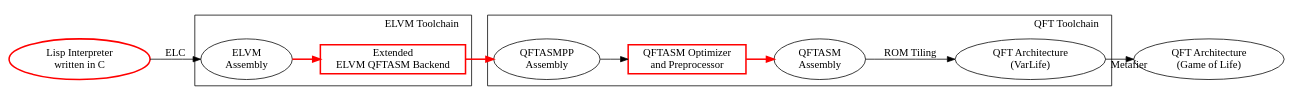
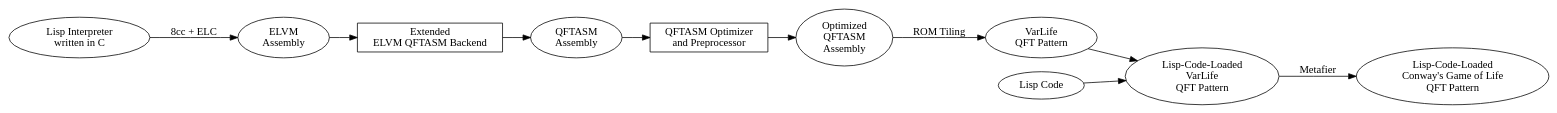
Before and after one commit to woodrush/lisp-in-life: the diagram in img/toolchain.dot, drawn with Graphviz. The commit also changed 2 other files, not shown here.

```diff
--- a/img/toolchain.dot
+++ b/img/toolchain.dot
@@ -1,39 +1,34 @@
 digraph G {
     rankdir="LR"
 
-    C [label="Lisp Interpreter\nwritten in C" color="red" penwidth=2]
+    C [label="Lisp Interpreter\nwritten in C"]
 
-    C->eli [label="ELC"]
+    C->eli [label=" 8cc + ELC"]
 
-    subgraph cluster_0 {
-        label = "ELVM Toolchain"
-        labeljust = "r"
-        
-        eli [label="ELVM\nAssembly"]
+    eli [label="ELVM\nAssembly"]
 
-        elvmqftasm [label="Extended\nELVM QFTASM Backend" shape="rect" color="red" penwidth=2]
-        eli->elvmqftasm [color="red" penwidth=2]
-    } [label="ELVM"]
+    elvmqftasm [label="Extended\nELVM QFTASM Backend" shape="rect"]
+    eli->elvmqftasm
 
-    subgraph cluster_1 {
-        label = "QFT Toolchain"
-        labeljust = "r"
-        lheight = "10.0"
-  
-        QFTASMPP [label="QFTASMPP\nAssembly"]
-        elvmqftasm->QFTASMPP [color="red" penwidth=2]
+    QFTASMPP [label="QFTASM\nAssembly"]
+    elvmqftasm->QFTASMPP
 
-        QFTASMPPopt [label="QFTASM Optimizer\nand Preprocessor" shape="rect" color="red" penwidth=2]
-        QFTASMPP->QFTASMPPopt
+    QFTASMPPopt [label="QFTASM Optimizer\nand Preprocessor" shape="rect"]
+    QFTASMPP->QFTASMPPopt
 
-        QFTASM [label="QFTASM\nAssembly"]
-        QFTASMPPopt->QFTASM [color="red" penwidth=2]
+    QFTASM [label="Optimized\nQFTASM\nAssembly"]
+    QFTASMPPopt->QFTASM
 
 
-        QFTex [label="QFT Architecture\n(VarLife)"]
-        QFTASM -> QFTex [label="ROM Tiling"]
-    }
-    QFTgol [label="QFT Architecture\n(Game of Life)"]
-    QFTex -> QFTgol [taillabel="Metafier"]
+    QFTex [label="VarLife\nQFT Pattern"]
+    QFTASM -> QFTex [label=" ROM Tiling"]
 
+    QFTex_lisp [label="Lisp-Code-Loaded\nVarLife\nQFT Pattern"]
+    QFTex -> QFTex_lisp
+
+    QFTgol [label="Lisp-Code-Loaded\nConway's Game of Life\nQFT Pattern"]
+    QFTex_lisp -> QFTgol [label=" Metafier"]
+
+    LispCode [label="Lisp Code"]
+    LispCode -> QFTex_lisp
 }
```
